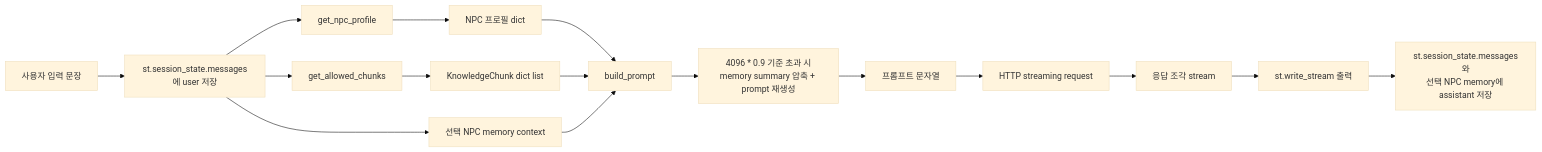
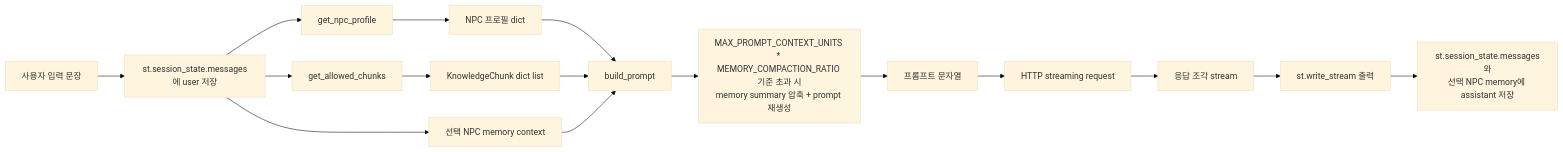
One commit to HRDI0/npc_persona changed diagram 15 of 21 in docs/system_architecture.md. Above: the diagram before and after it, drawn with Mermaid (base theme). The commit also changed other lines of this file and 31 other files, not shown here.

````diff
--- a/docs/system_architecture.md
+++ b/docs/system_architecture.md
@@ -687,21 +687,21 @@
 ```mermaid
 flowchart LR
     A[사용자 입력 문장]
     B[st.session_state.messages에 user 저장]
     C[get_npc_profile]
     D[NPC 프로필 dict]
     E[get_allowed_chunks]
     F[KnowledgeChunk dict list]
     M[선택 NPC memory context]
     G[build_prompt]
-    N[4096 * 0.9 기준 초과 시\nmemory summary 압축 + prompt 재생성]
+    N[MAX_PROMPT_CONTEXT_UNITS * MEMORY_COMPACTION_RATIO 기준 초과 시\nmemory summary 압축 + prompt 재생성]
     H[프롬프트 문자열]
     I[HTTP streaming request]
     J[응답 조각 stream]
     K[st.write_stream 출력]
     L[st.session_state.messages와\n선택 NPC memory에 assistant 저장]
 
     A --> B --> C --> D --> G
     B --> E --> F --> G
     B --> M --> G --> N --> H --> I --> J --> K --> L
 ```
````
